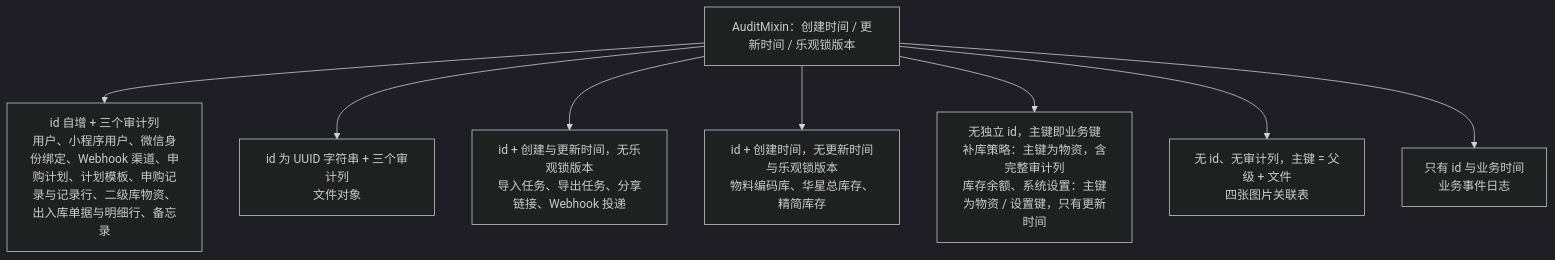
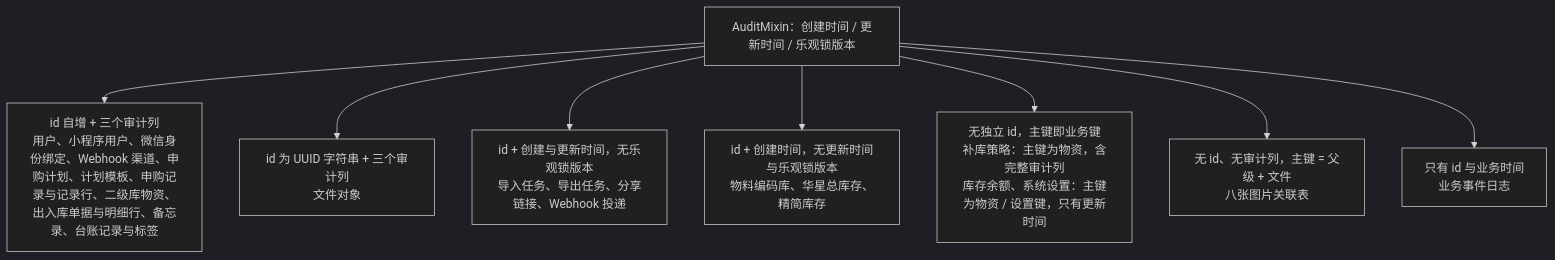
Before and after one commit to Sakana-1314/Electrical-Manager: the third of 18 diagrams in docs/websites/pages/dev-data-model.md, drawn with Mermaid (dark theme). The commit also changed other lines of this file and 43 other files, not shown here.

````diff
--- a/docs/websites/pages/dev-data-model.md
+++ b/docs/websites/pages/dev-data-model.md
@@ -88,11 +89,11 @@
 ```mermaid
 flowchart TD
     M["AuditMixin：创建时间 / 更新时间 / 乐观锁版本"]
-    M --> A["id 自增 + 三个审计列<br/>用户、小程序用户、微信身份绑定、Webhook 渠道、申购计划、计划模板、申购记录与记录行、二级库物资、出入库单据与明细行、备忘录"]
+    M --> A["id 自增 + 三个审计列<br/>用户、小程序用户、微信身份绑定、Webhook 渠道、申购计划、计划模板、申购记录与记录行、二级库物资、出入库单据与明细行、备忘录、台账记录与标签"]
     M --> B["id 为 UUID 字符串 + 三个审计列<br/>文件对象"]
     M --> C["id + 创建与更新时间，无乐观锁版本<br/>导入任务、导出任务、分享链接、Webhook 投递"]
     M --> D["id + 创建时间，无更新时间与乐观锁版本<br/>物料编码库、华星总库存、精简库存"]
     M --> E["无独立 id，主键即业务键<br/>补库策略：主键为物资，含完整审计列<br/>库存余额、系统设置：主键为物资 / 设置键，只有更新时间"]
-    M --> F["无 id、无审计列，主键 = 父级 + 文件<br/>四张图片关联表"]
+    M --> F["无 id、无审计列，主键 = 父级 + 文件<br/>八张图片关联表"]
     M --> G["只有 id 与业务时间<br/>业务事件日志"]
 ```
````
